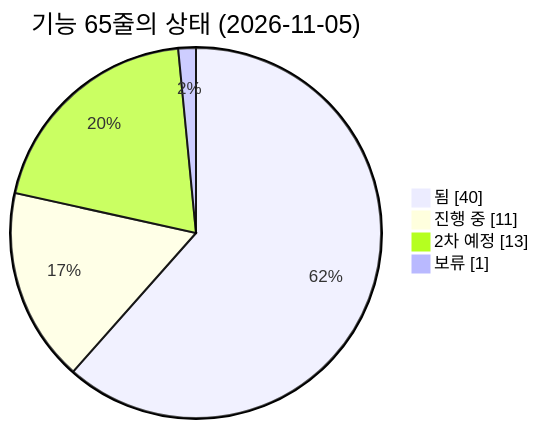
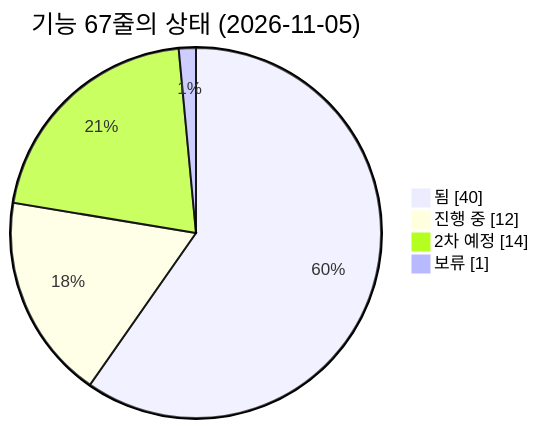
One commit to agent-ddalgi-team/final-geosan changed the first of 3 diagrams in docs/map/feature-map.md. Above: the diagram before and after it, drawn with Mermaid. The commit also changed other lines of this file and 3 other files, not shown here.

````diff
--- a/docs/map/feature-map.md
+++ b/docs/map/feature-map.md
@@ -31,8 +31,8 @@
 ```mermaid
 pie showData
-    title 기능 65줄의 상태 (2026-11-05)
+    title 기능 67줄의 상태 (2026-11-05)
     "됨" : 40
-    "진행 중" : 11
-    "2차 예정" : 13
+    "진행 중" : 12
+    "2차 예정" : 14
     "보류" : 1
 ```
````
